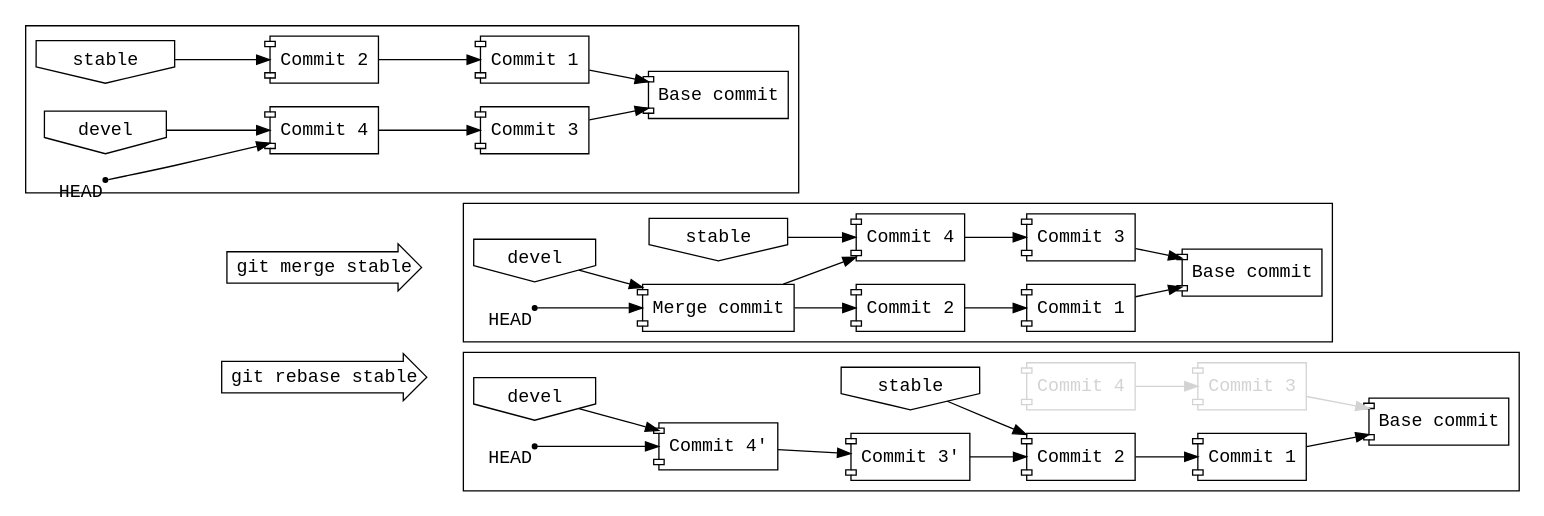
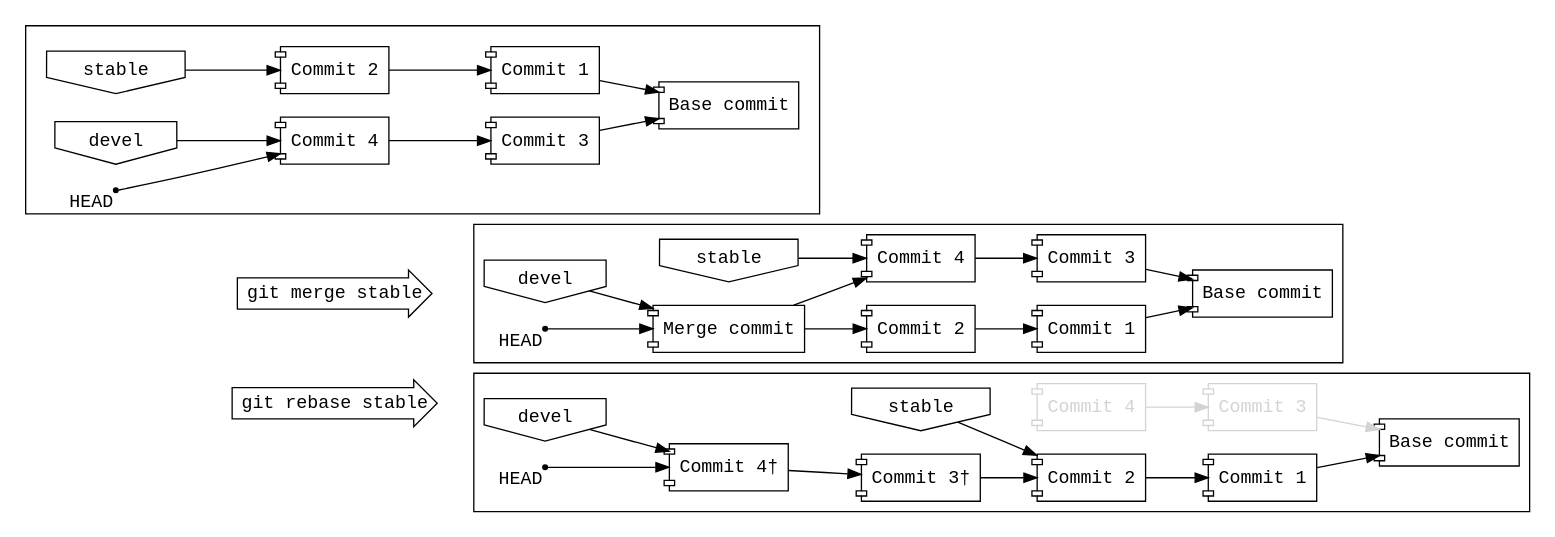
The sixth of 7 diagrams in source/gitanatomy.rst (mathling-programming/lectures), drawn with Graphviz before and after one commit. The commit also changed other lines of this file and 1 other file, not shown here.

```diff
--- a/source/gitanatomy.rst
+++ b/source/gitanatomy.rst
@@ -285,6 +288,7 @@
       compound = true
       rankdir = LR
       subgraph cluster_old {
+          margin = 16
           base_commit [ label = "Base commit" ]
           commit1 [ label = "Commit 1" ]
           commit2 [ label = "Commit 2" ]
@@ -336,8 +340,8 @@
           base_commitb [ label = "Base commit" ]
           commit1b [ label = "Commit 1" ]
           commit2b [ label = "Commit 2" ]
-          commit3b [ label = "Commit 3&prime;" ]
-          commit4b [ label = "Commit 4&prime;" ]
+          commit3b [ label = "Commit 3&dagger;" ]
+          commit4b [ label = "Commit 4&dagger;" ]
           commit3bo [ label = "Commit 3", color = lightgray, fontcolor = lightgray ]
           commit4bo [ label = "Commit 4", color = lightgray, fontcolor = lightgray  ]
           branch1b [ shape = invhouse, label = "stable" ]
```
